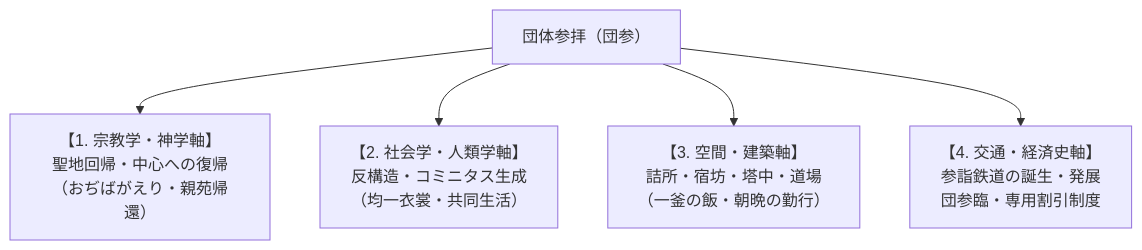
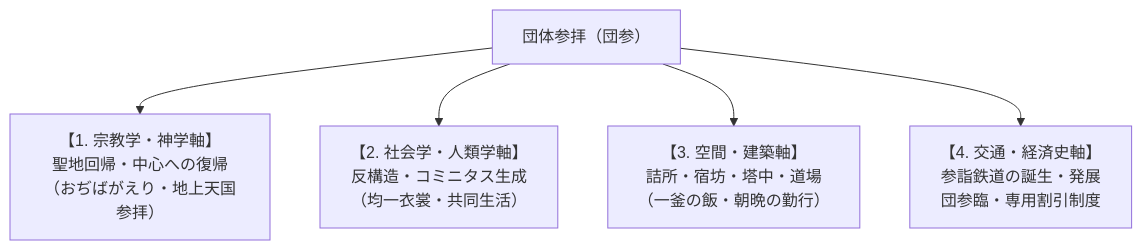
One commit to iida-masashi/religion-garden changed the diagram in content/01_宗派・異端研究/10_概念・原典・事件・拠点/団体参拝.md. Above: the diagram before and after it, drawn with Mermaid. The commit also changed other lines of this file, not shown here.

````diff
--- a/content/01_宗派・異端研究/10_概念・原典・事件・拠点/団体参拝.md
+++ b/content/01_宗派・異端研究/10_概念・原典・事件・拠点/団体参拝.md
@@ -26,7 +26,7 @@
 ```mermaid
 graph TD
-    A["団体参拝（団参）"] --> B1["【1. 宗教学・神学軸】<br>聖地回帰・中心への復帰<br>（おぢばがえり・親苑帰還）"]
+    A["団体参拝（団参）"] --> B1["【1. 宗教学・神学軸】<br>聖地回帰・中心への復帰<br>（おぢばがえり・地上天国参拝）"]
     A --> B2["【2. 社会学・人類学軸】<br>反構造・コミニタス生成<br>（均一衣裳・共同生活）"]
     A --> B3["【3. 空間・建築軸】<br>詰所・宿坊・塔中・道場<br>（一釜の飯・朝晩の勤行）"]
     A --> B4["【4. 交通・経済史軸】<br>参詣鉄道の誕生・発展<br>団参臨・専用割引制度"]
 ```
````
